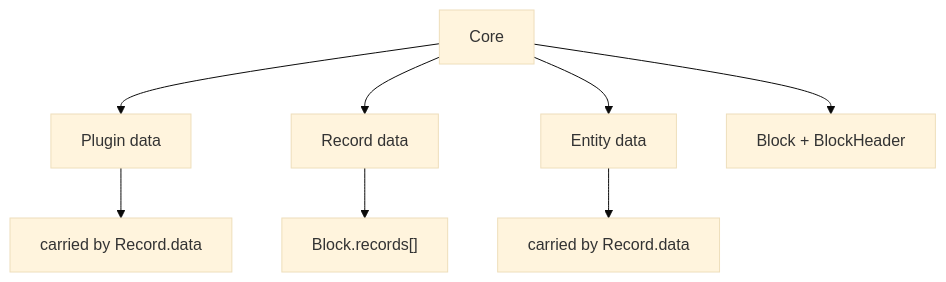
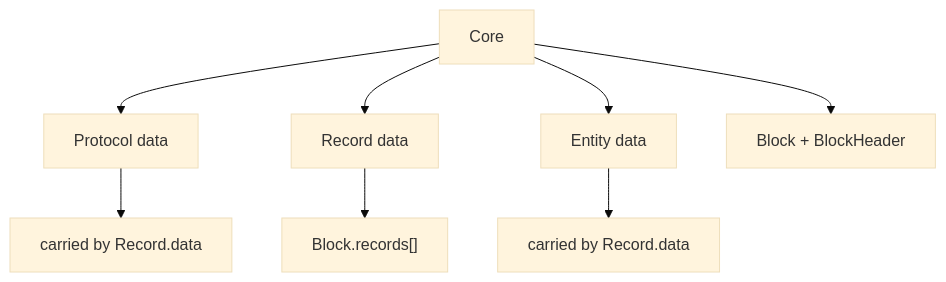
The first of 3 diagrams in docs/architecture.md (labourchain/core-plugins), drawn with Mermaid (base theme) before and after one commit. The commit also changed other lines of this file and 38 other files, not shown here.

````diff
--- a/docs/architecture.md
+++ b/docs/architecture.md
@@ -18,12 +18,12 @@
 ```mermaid
 flowchart TB
     Core["Core"]
-    Core --> P["Plugin data"]
+    Core --> P["Protocol data"]
     Core --> R["Record data"]
     Core --> E["Entity data"]
     Core --> B["Block + BlockHeader"]
 
     P --> RP["carried by Record.data"]
     E --> RE["carried by Record.data"]
     R --> BR["Block.records[]"]
 ```
````
